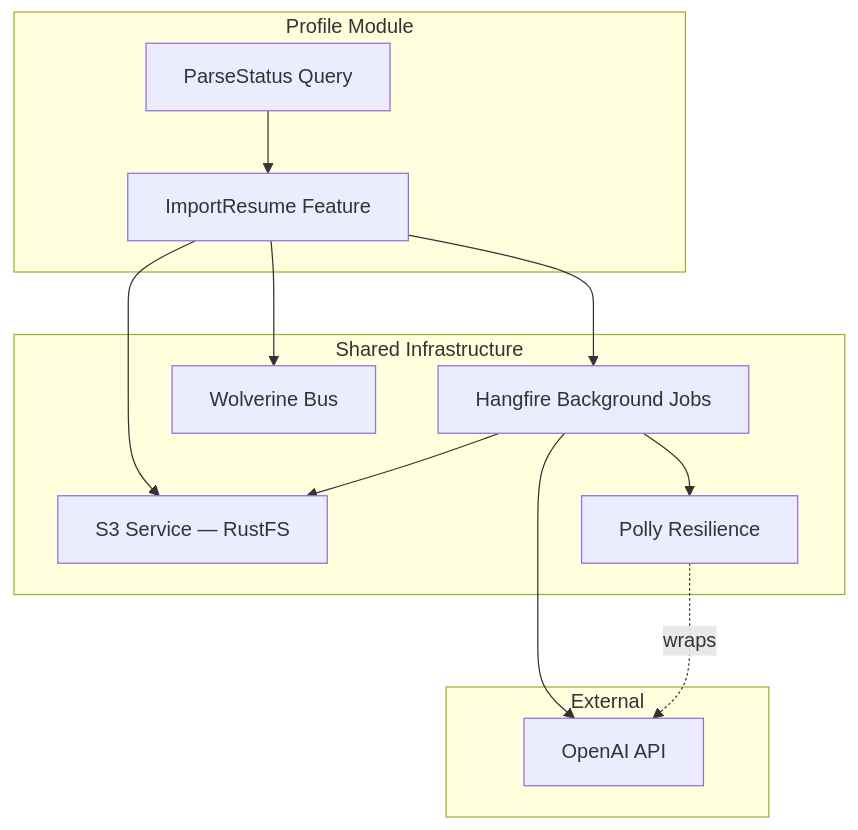
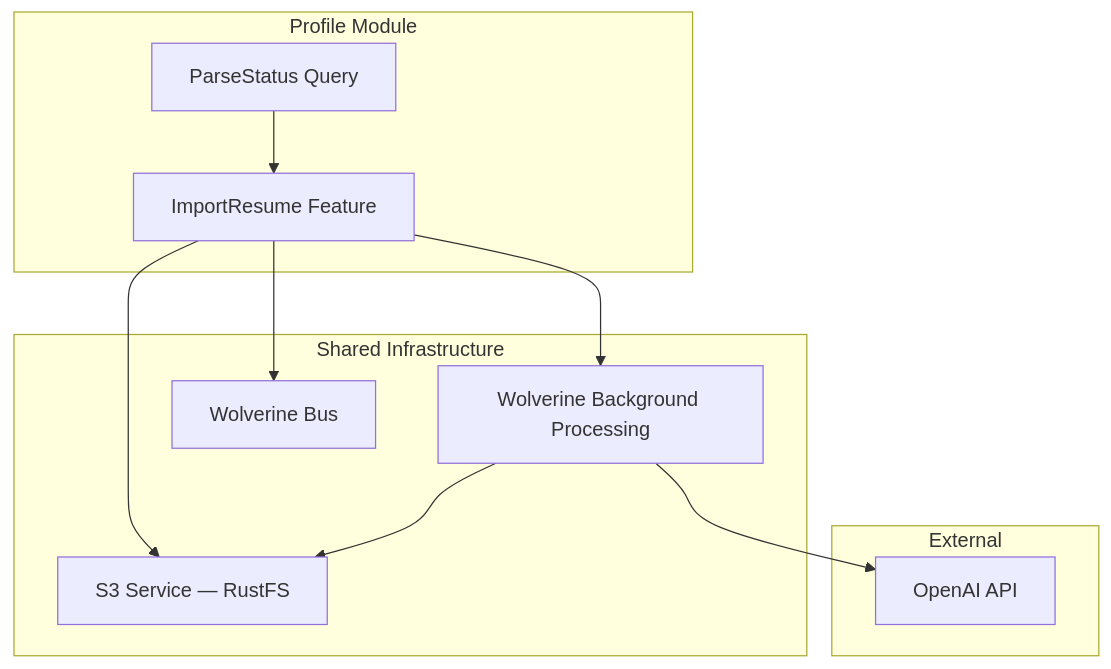
One commit to AbanoubPhelopos/TailorCV changed the third of 3 diagrams in docs/features/profile/import-resume.md. Above: the diagram before and after it, drawn with Mermaid. The commit also changed other lines of this file and 189 other files, not shown here.

````diff
--- a/docs/features/profile/import-resume.md
+++ b/docs/features/profile/import-resume.md
@@ -342,27 +340,24 @@
 ```mermaid
 graph TD
     subgraph "Profile Module"
         A[ImportResume Feature]
         B[ParseStatus Query]
     end
 
     subgraph "Shared Infrastructure"
         C[S3 Service — RustFS]
-        D[Hangfire Background Jobs]
-        E[Polly Resilience]
-        F[Wolverine Bus]
+        D[Wolverine Background Processing]
+        E[Wolverine Bus]
     end
 
     subgraph "External"
         G[OpenAI API]
     end
 
     A --> C
     A --> D
     B --> A
     D --> C
     D --> G
-    D --> E
-    A --> F
-    E -.->|wraps| G
+    A --> E
 ```
````
